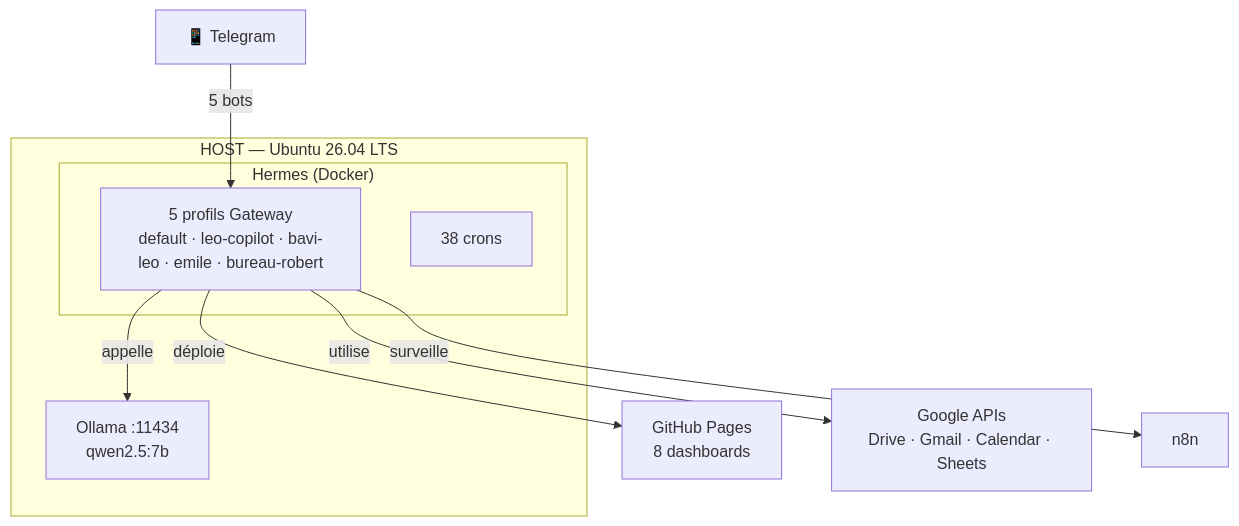
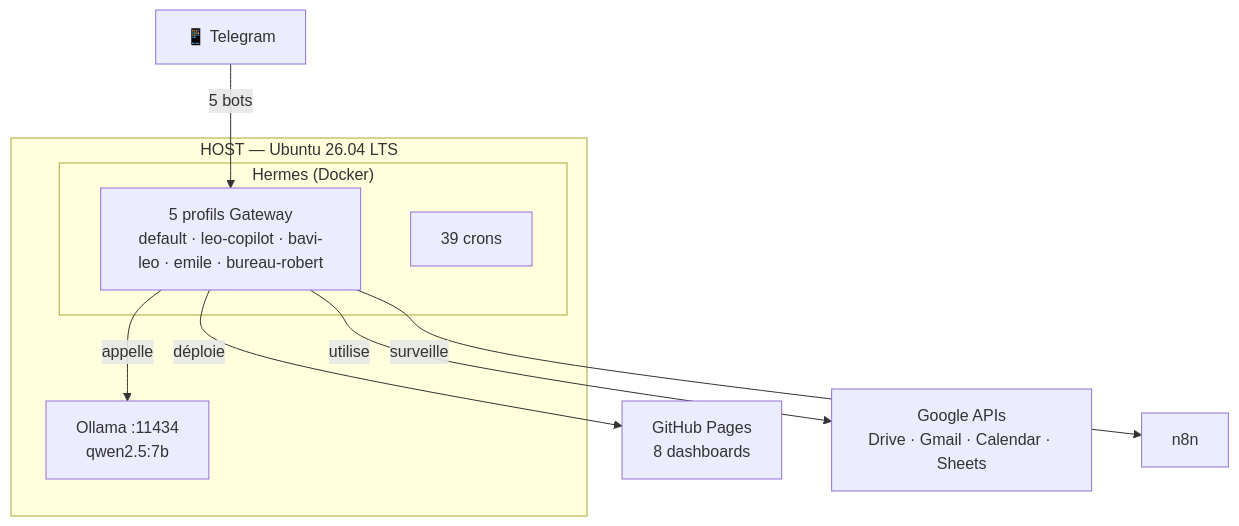
The diagram in docs/hermes/installation/linux.md (christophedanhier-hash/hermes-wiki), drawn with Mermaid before and after one commit. The commit also changed 10 other files, not shown here.

````diff
--- a/docs/hermes/installation/linux.md
+++ b/docs/hermes/installation/linux.md
@@ -127,16 +127,16 @@
 ```mermaid
 graph TB
     subgraph HOST["HOST — Ubuntu 26.04 LTS"]
         Ollama["Ollama :11434<br/>qwen2.5:7b"]
         subgraph Docker["Hermes (Docker)"]
             GW["5 profils Gateway<br/>default · leo-copilot · bavi-leo · emile · bureau-robert"]
-            Crons["38 crons"]
+            Crons["39 crons"]
         end
     end
     
     Telegram["📱 Telegram"] -->|"5 bots"| GW
     GW -->|"déploie"| GH["GitHub Pages<br/>8 dashboards"]
     GW -->|"utilise"| Google["Google APIs<br/>Drive · Gmail · Calendar · Sheets"]
     GW -->|"appelle"| Ollama
     GW -->|"surveille"| n8n
 ```
````
